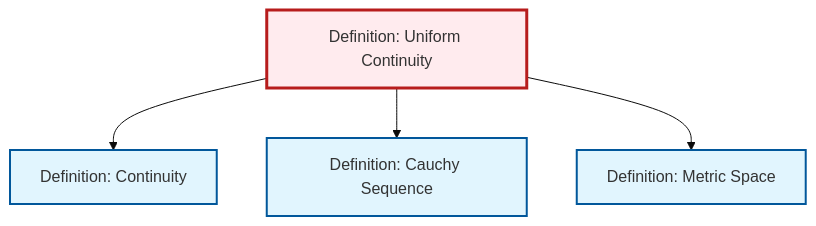
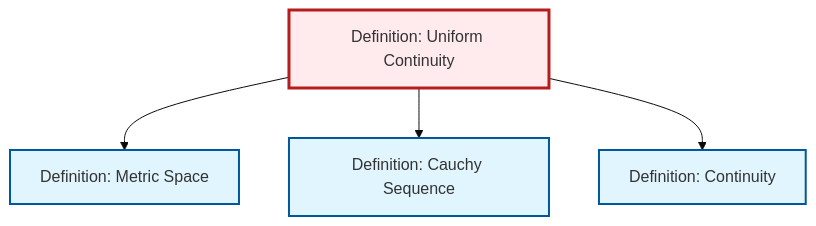
One commit to RK0429/ModernMath changed the diagram in content/en/analysis/def-uniform-continuity.qmd. Above: the diagram before and after it, drawn with Mermaid (base theme). The commit also changed other lines of this file and 597 other files, not shown here.

````diff
--- a/content/en/analysis/def-uniform-continuity.qmd
+++ b/content/en/analysis/def-uniform-continuity.qmd
@@ -69,20 +69,20 @@
 ```{mermaid}
 %%| fig-cap: "Local dependency graph"
 graph TD
     classDef definition fill:#e1f5fe,stroke:#01579b,stroke-width:2px
     classDef theorem fill:#f3e5f5,stroke:#4a148c,stroke-width:2px
     classDef axiom fill:#fff3e0,stroke:#e65100,stroke-width:2px
     classDef example fill:#e8f5e9,stroke:#1b5e20,stroke-width:2px
     classDef current fill:#ffebee,stroke:#b71c1c,stroke-width:3px
-    def-uniform-continuity["Definition: Uniform Continuity"]:::definition
     def-metric-space["Definition: Metric Space"]:::definition
     def-cauchy-sequence["Definition: Cauchy Sequence"]:::definition
+    def-uniform-continuity["Definition: Uniform Continuity"]:::definition
     def-continuity["Definition: Continuity"]:::definition
+    def-uniform-continuity --> def-metric-space
+    def-uniform-continuity --> def-cauchy-sequence
     def-uniform-continuity --> def-continuity
-    def-uniform-continuity --> def-cauchy-sequence
-    def-uniform-continuity --> def-metric-space
     class def-uniform-continuity current
     click def-metric-space "def-metric-space.html" "Go to Metric Space definition"
     click def-cauchy-sequence "def-cauchy-sequence.html" "Go to Cauchy Sequence definition"
     click def-continuity "def-continuity.html" "Go to Continuity definition"
 ```
````
